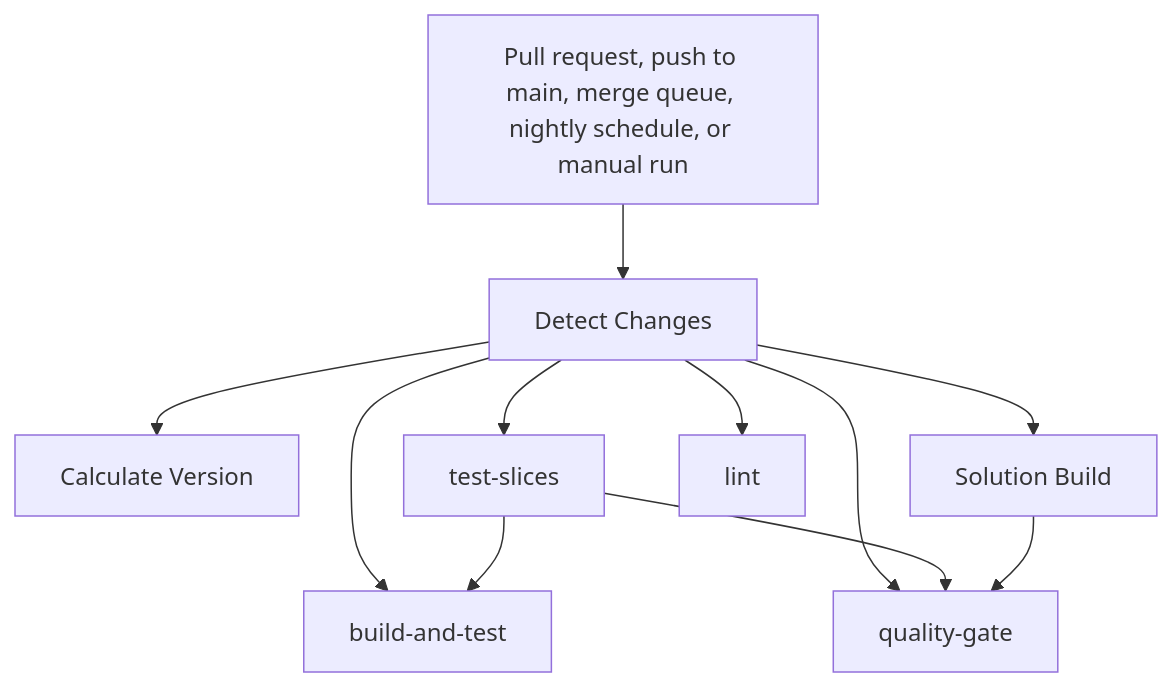
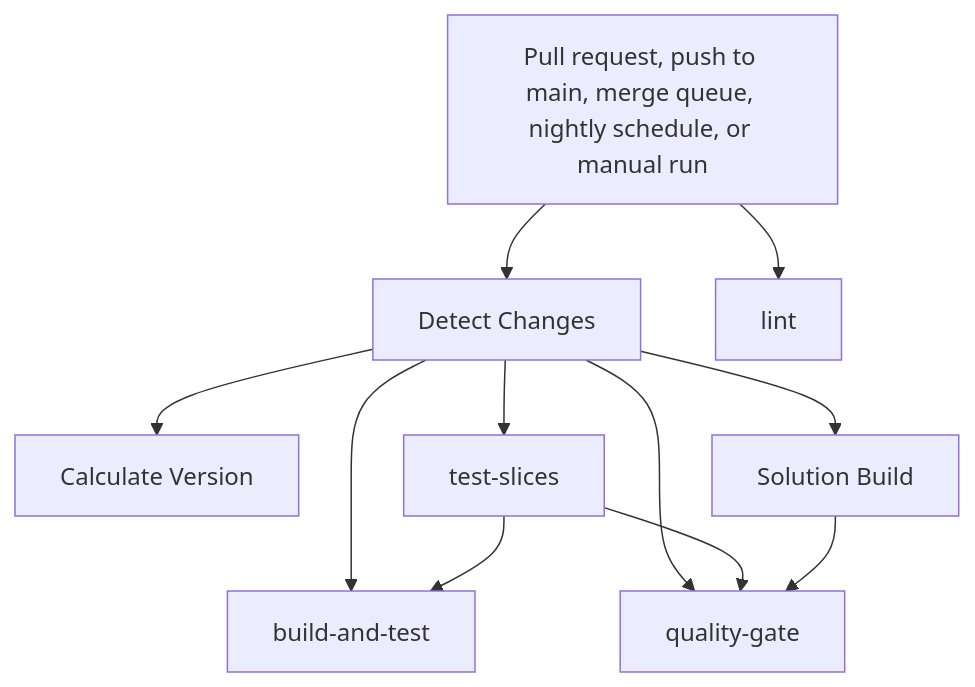
The first of 3 diagrams in docs/architecture/ci-validation-flows.md (danigutsch/ViajantesTurismo), drawn with Mermaid before and after one commit. The commit also changed other lines of this file and 140 other files, not shown here.

````diff
--- a/docs/architecture/ci-validation-flows.md
+++ b/docs/architecture/ci-validation-flows.md
@@ -20,21 +20,21 @@
 ```mermaid
 flowchart TB
     trigger[Pull request, push to main, merge queue, nightly schedule, or manual run]
     detect_changes[Detect Changes]
     calculate_version[Calculate Version]
     test_slices[test-slices]
     build_and_test[build-and-test]
     solution_build[Solution Build]
     quality_gate[quality-gate]
     lint[lint]
     trigger --> detect_changes
     detect_changes --> calculate_version
     detect_changes --> test_slices
     detect_changes --> build_and_test
     test_slices --> build_and_test
     detect_changes --> solution_build
     detect_changes --> quality_gate
     test_slices --> quality_gate
     solution_build --> quality_gate
-    detect_changes --> lint
+    trigger --> lint
 ```
````
